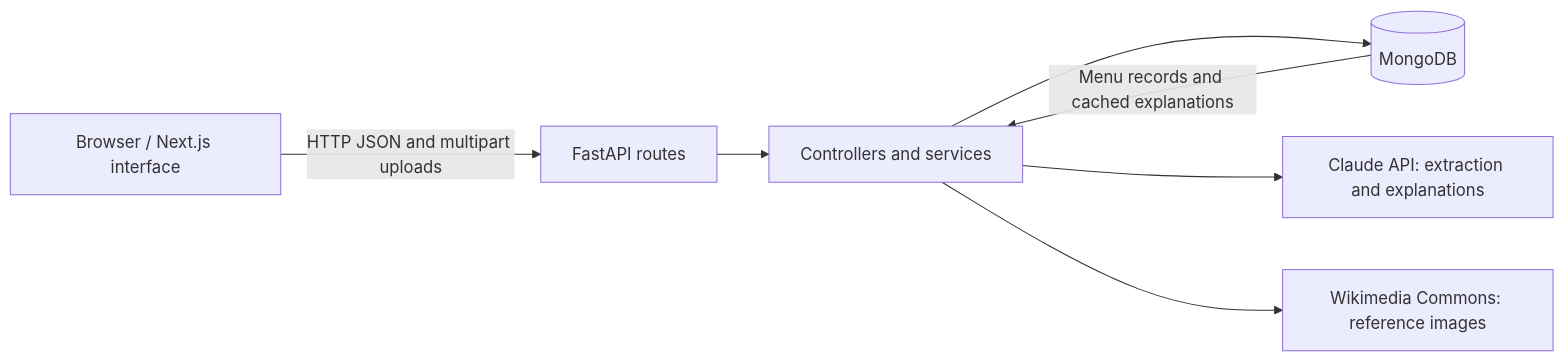
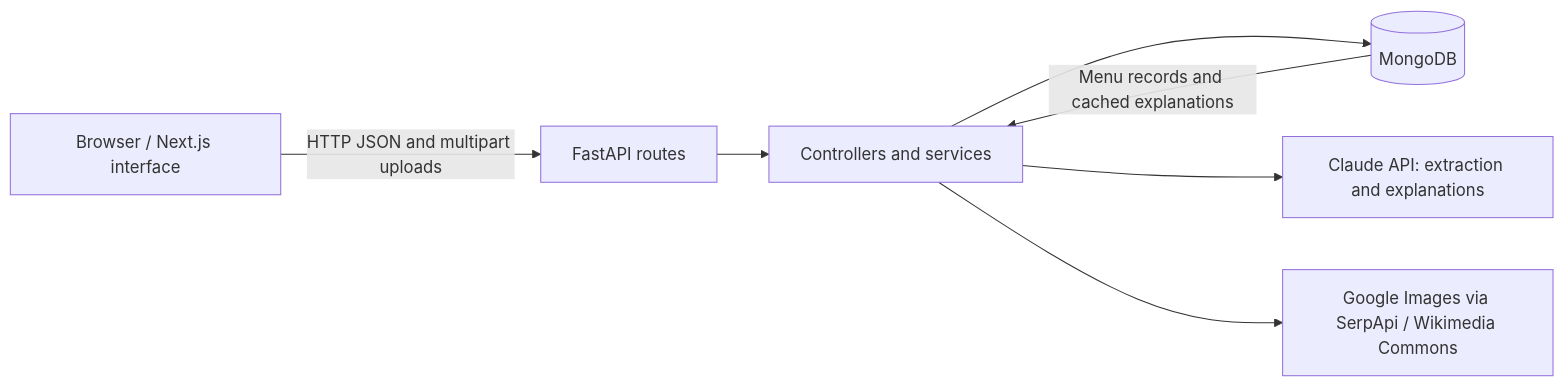
The diagram in readme.md (KumarDhananjaya/PreBite), drawn with Mermaid before and after one commit. The commit also changed other lines of this file and 13 other files, not shown here.

Commit message:
Improve dish reference images and prioritize illustrated catalog items

````diff
--- a/readme.md
+++ b/readme.md
@@ -76,9 +76,9 @@
 ```mermaid
 flowchart LR
     Browser[Browser / Next.js interface] -->|HTTP JSON and multipart uploads| API[FastAPI routes]
     API --> Controllers[Controllers and services]
     Controllers --> DB[(MongoDB)]
     Controllers --> Claude[Claude API: extraction and explanations]
-    Controllers --> Commons[Wikimedia Commons: reference images]
+    Controllers --> Images[Google Images via SerpApi / Wikimedia Commons]
     DB -->|Menu records and cached explanations| Controllers
 ```
````
